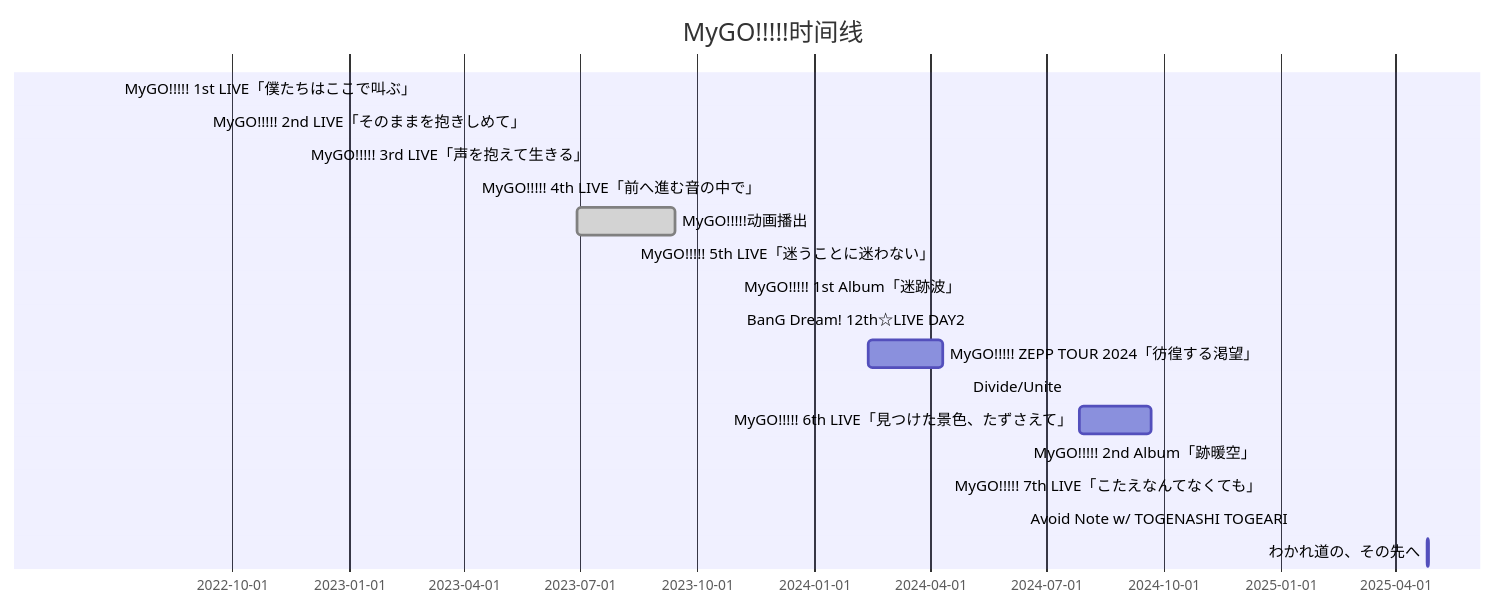
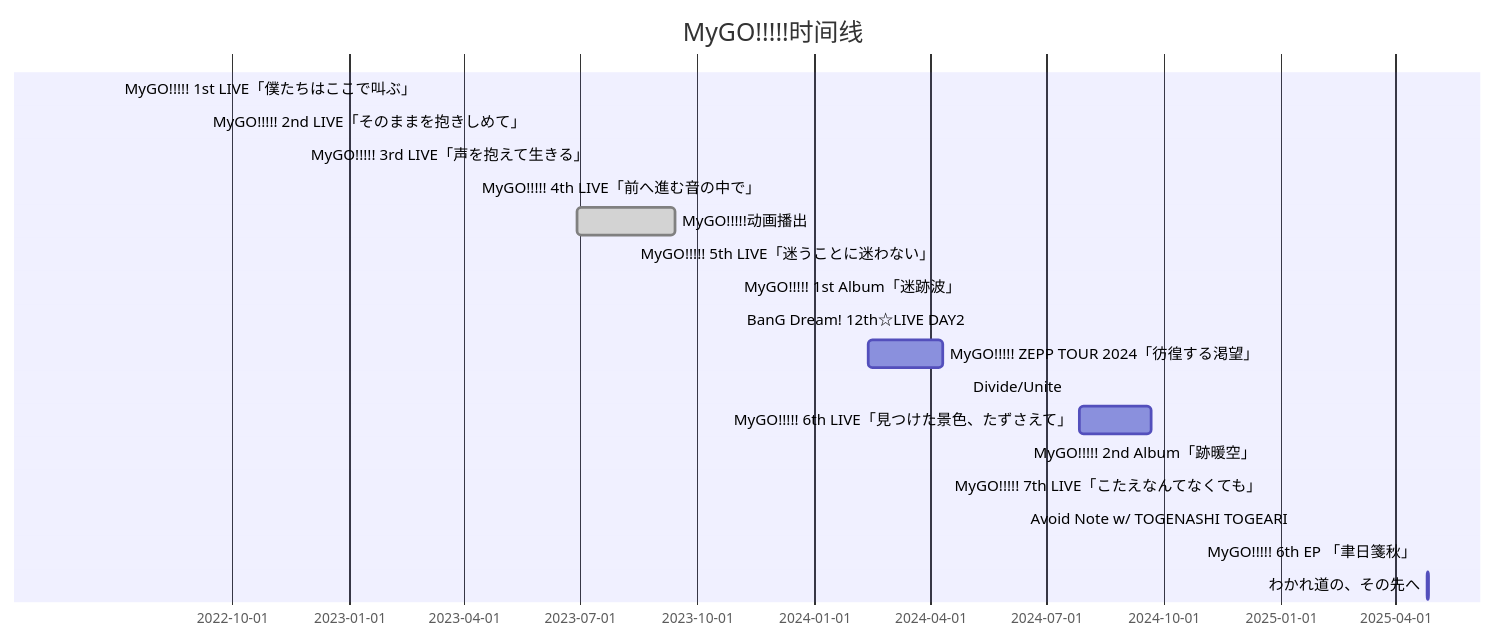
Before and after one commit to Chinasd1st/Chinasd1st.github.io: the third of 6 diagrams in src/post/GirlsBands.md, drawn with Mermaid.

Commit message:
add the MyGO!!!!! 6th EP to the gantt

````diff
--- a/src/post/GirlsBands.md
+++ b/src/post/GirlsBands.md
@@ -52,20 +52,21 @@
 ```mermaid
 gantt
     title MyGO!!!!!时间线
     dateFormat  YYYY-MM-DD
     MyGO!!!!! 1st LIVE「僕たちはここで叫ぶ」 : 2022-07-03, 2022-07-03
     MyGO!!!!! 2nd LIVE「そのままを抱きしめて」 : 2022-09-10, 2022-09-10
     MyGO!!!!! 3rd LIVE「声を抱えて生きる」 : 2022-11-26, 2022-11-26
     MyGO!!!!! 4th LIVE「前へ進む音の中で」 : 2023-04-09, 2023-04-09
     MyGO!!!!!动画播出 :done, 2023-06-29, 2023-09-14
     MyGO!!!!! 5th LIVE「迷うことに迷わない」 : 2023-08-12, 2023-08-12
     MyGO!!!!! 1st Album「迷跡波」: 2023-11-01, 2023-11-01
     BanG Dream! 12th☆LIVE DAY2:ちいさな一瞬 : 2023-11-04, 2023-11-04   
     MyGO!!!!! ZEPP TOUR 2024「彷徨する渇望」 : 2024-02-12, 2024-04-11
     Divide/Unite : 2024-04-29, 2024-04-29
     MyGO!!!!! 6th LIVE「見つけた景色、たずさえて」 : 2024-07-27, 2024-09-21    
     MyGO!!!!! 2nd Album「跡暖空」 : 2024-12-18, 2024-12-18
     MyGO!!!!! 7th LIVE「こたえなんてなくても」 : 2024-12-22, 2024-12-22
     Avoid Note w/ TOGENASHI TOGEARI : 2025-01-12, 2025-01-12
+    MyGO!!!!! 6th EP 「聿日箋秋」 : 2025-04-23, 2025-04-23
     わかれ道の、その先へ : 2025-04-26, 2025-04-27
 ```
````
